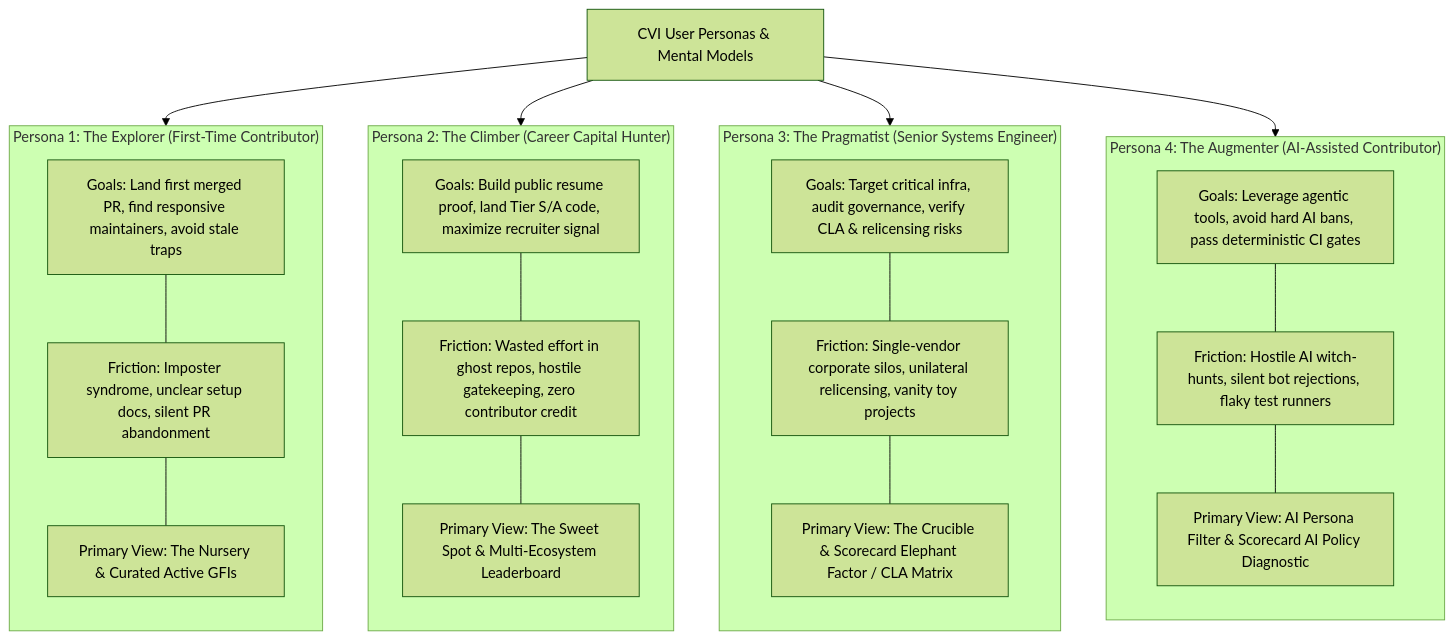
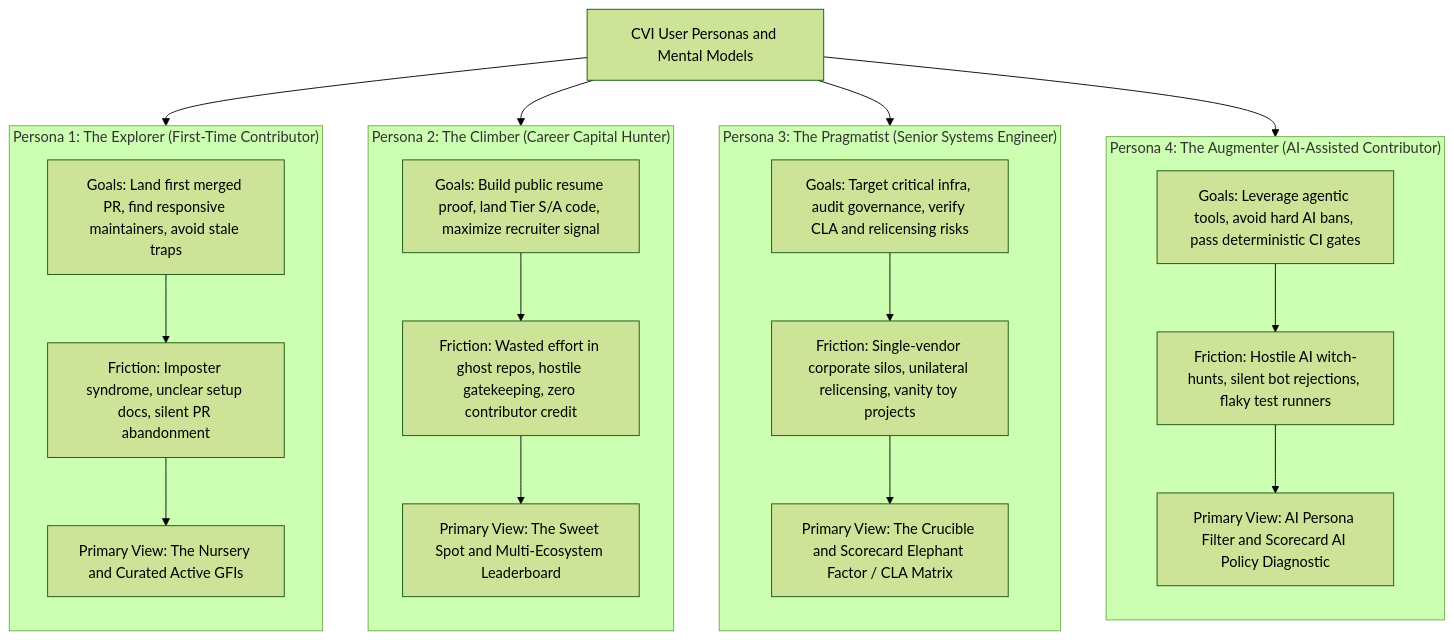
The ninth of 13 diagrams in docs/ARCHITECTURE.md (pctablet505/porchlamp-engine), drawn with Mermaid (forest theme) before and after one commit. The commit also changed other lines of this file and 3 other files, not shown here.

Commit message:
docs: resolve all GFM, KaTeX, and Mermaid rendering issues across architecture and UI specs

````diff
--- a/docs/ARCHITECTURE.md
+++ b/docs/ARCHITECTURE.md
@@ -738,41 +740,41 @@
 ```mermaid
 flowchart TD
-    Root["CVI User Personas & Mental Models"]
+    Root["CVI User Personas and Mental Models"]
 
     subgraph P1 ["Persona 1: The Explorer (First-Time Contributor)"]
         direction TB
         P1_Goals["Goals: Land first merged PR, find responsive maintainers, avoid stale traps"]
         P1_Friction["Friction: Imposter syndrome, unclear setup docs, silent PR abandonment"]
-        P1_Screen["Primary View: The Nursery & Curated Active GFIs"]
-        P1_Goals --- P1_Friction --- P1_Screen
+        P1_Screen["Primary View: The Nursery and Curated Active GFIs"]
+        P1_Goals --> P1_Friction --> P1_Screen
     end
 
     subgraph P2 ["Persona 2: The Climber (Career Capital Hunter)"]
         direction TB
         P2_Goals["Goals: Build public resume proof, land Tier S/A code, maximize recruiter signal"]
         P2_Friction["Friction: Wasted effort in ghost repos, hostile gatekeeping, zero contributor credit"]
-        P2_Screen["Primary View: The Sweet Spot & Multi-Ecosystem Leaderboard"]
-        P2_Goals --- P2_Friction --- P2_Screen
+        P2_Screen["Primary View: The Sweet Spot and Multi-Ecosystem Leaderboard"]
+        P2_Goals --> P2_Friction --> P2_Screen
     end
 
     subgraph P3 ["Persona 3: The Pragmatist (Senior Systems Engineer)"]
         direction TB
-        P3_Goals["Goals: Target critical infra, audit governance, verify CLA & relicensing risks"]
+        P3_Goals["Goals: Target critical infra, audit governance, verify CLA and relicensing risks"]
         P3_Friction["Friction: Single-vendor corporate silos, unilateral relicensing, vanity toy projects"]
-        P3_Screen["Primary View: The Crucible & Scorecard Elephant Factor / CLA Matrix"]
-        P3_Goals --- P3_Friction --- P3_Screen
+        P3_Screen["Primary View: The Crucible and Scorecard Elephant Factor / CLA Matrix"]
+        P3_Goals --> P3_Friction --> P3_Screen
     end
 
     subgraph P4 ["Persona 4: The Augmenter (AI-Assisted Contributor)"]
         direction TB
         P4_Goals["Goals: Leverage agentic tools, avoid hard AI bans, pass deterministic CI gates"]
         P4_Friction["Friction: Hostile AI witch-hunts, silent bot rejections, flaky test runners"]
-        P4_Screen["Primary View: AI Persona Filter & Scorecard AI Policy Diagnostic"]
-        P4_Goals --- P4_Friction --- P4_Screen
+        P4_Screen["Primary View: AI Persona Filter and Scorecard AI Policy Diagnostic"]
+        P4_Goals --> P4_Friction --> P4_Screen
     end
 
     Root --> P1
     Root --> P2
     Root --> P3
     Root --> P4
 ```
````
